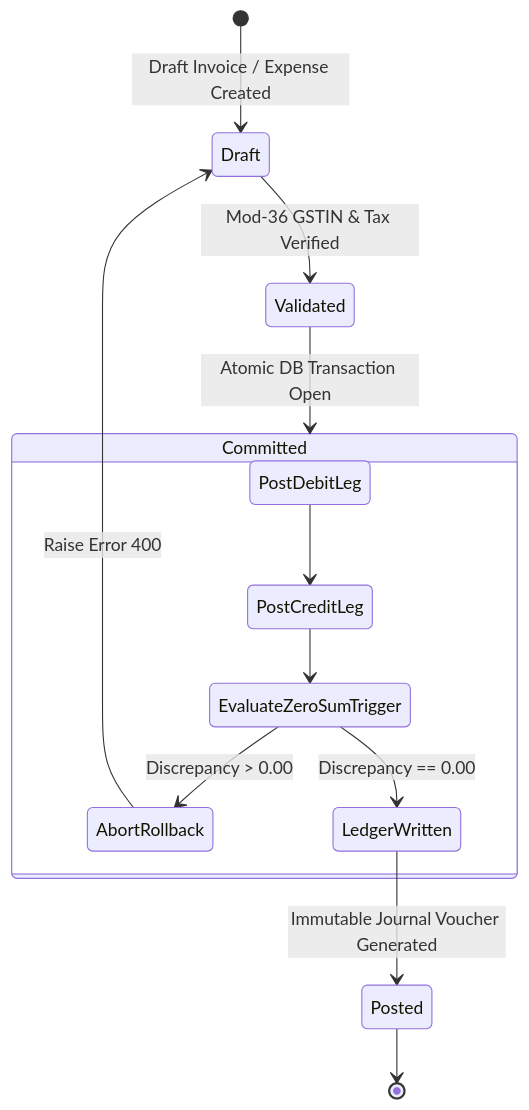
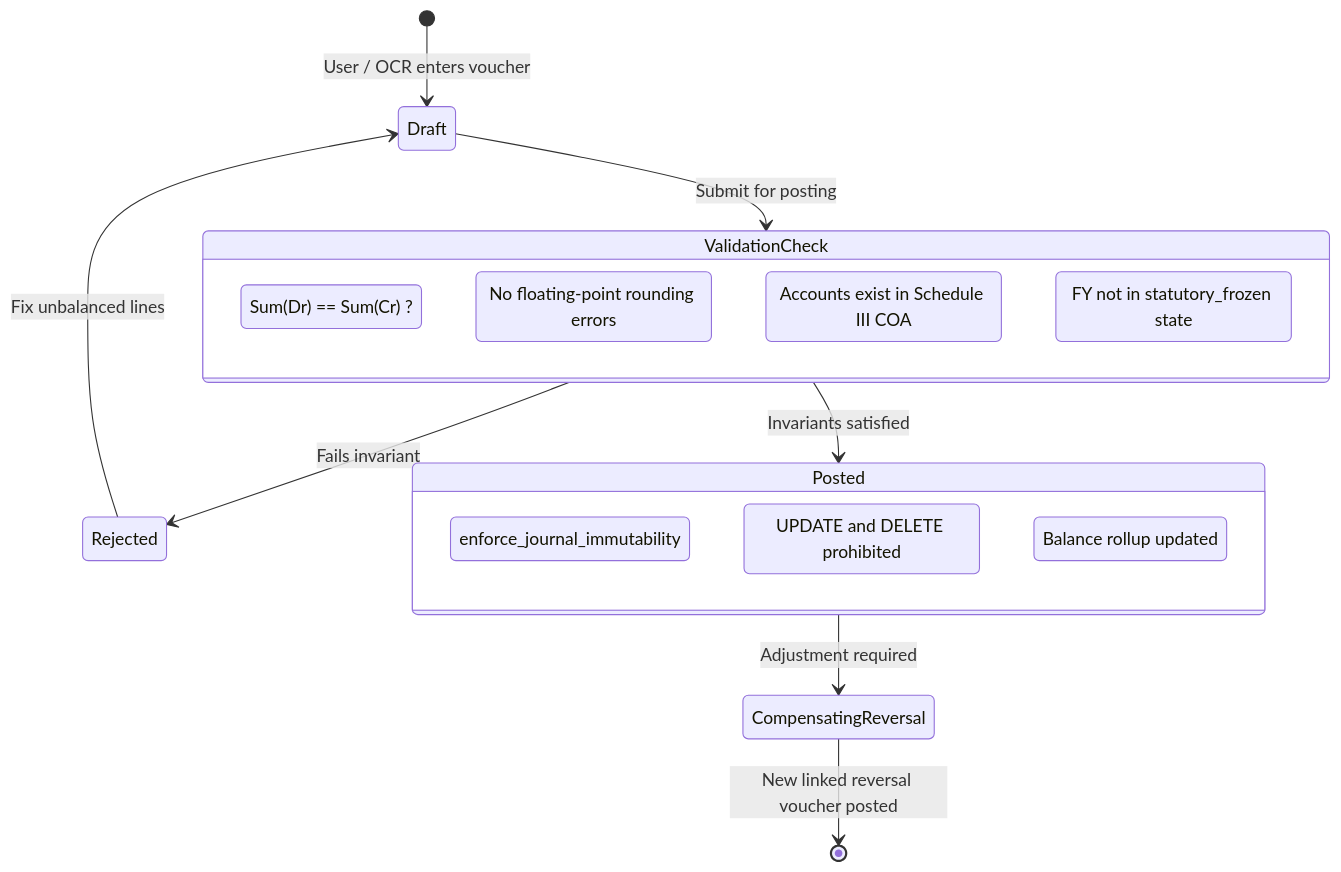
Before and after one commit to aryix-hq/b00k5: the fifth of 7 diagrams in docs/ARCHITECTURE.md, drawn with Mermaid. The commit also changed other lines of this file and 162 other files, not shown here.

````diff
--- a/docs/ARCHITECTURE.md
+++ b/docs/ARCHITECTURE.md
@@ -163,15 +177,27 @@
 ```mermaid
 stateDiagram-v2
-    [*] --> Draft : Draft Invoice / Expense Created
-    Draft --> Validated : Mod-36 GSTIN & Tax Verified
-    Validated --> Committed : Atomic DB Transaction Open
-    state Committed {
-        PostDebitLeg --> PostCreditLeg
-        PostCreditLeg --> EvaluateZeroSumTrigger
-        EvaluateZeroSumTrigger --> AbortRollback : Discrepancy > 0.00
-        EvaluateZeroSumTrigger --> LedgerWritten : Discrepancy == 0.00
+    [*] --> Draft: User / OCR enters voucher
+    
+    Draft --> ValidationCheck: Submit for posting
+    
+    state ValidationCheck {
+        DebitsEqualsCredits: Sum(Dr) == Sum(Cr) ?
+        ZeroDecimals: No floating-point rounding errors
+        ValidAccounts: Accounts exist in Schedule III COA
+        PeriodOpen: FY not in statutory_frozen state
     }
-    AbortRollback --> Draft : Raise Error 400
-    LedgerWritten --> Posted : Immutable Journal Voucher Generated
-    Posted --> [*]
+
+    ValidationCheck --> Rejected: Fails invariant
+    Rejected --> Draft: Fix unbalanced lines
+
+    ValidationCheck --> Posted: Invariants satisfied
+    
+    state Posted {
+        PostgresTrigger: enforce_journal_immutability
+        LockRecord: UPDATE and DELETE prohibited
+        AccountBalances: Balance rollup updated
+    }
+
+    Posted --> CompensatingReversal: Adjustment required
+    CompensatingReversal --> [*]: New linked reversal voucher posted
 ```
````
